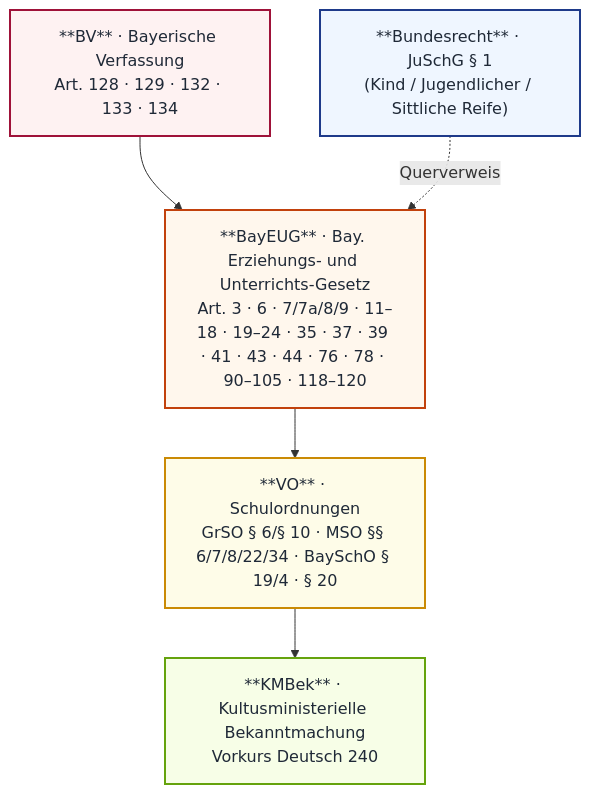
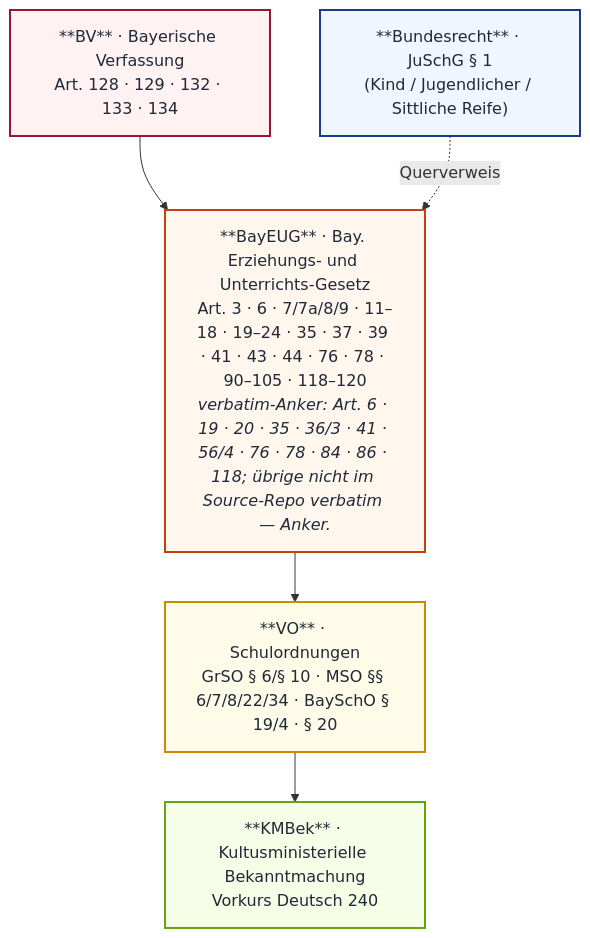
The first of 2 diagrams in _mkdocs/docs/mp03/index.md (snflsknfkldnfs/weitergehts-online), drawn with Mermaid before and after one commit. The commit also changed other lines of this file and 29 other files, not shown here.

````diff
--- a/_mkdocs/docs/mp03/index.md
+++ b/_mkdocs/docs/mp03/index.md
@@ -11,17 +11,17 @@
 ```mermaid
 flowchart TB
     BV["**BV** · Bayerische Verfassung<br/>Art. 128 · 129 · 132 · 133 · 134"]:::bv
-    BAY["**BayEUG** · Bay. Erziehungs- und Unterrichts-Gesetz<br/>Art. 3 · 6 · 7/7a/8/9 · 11–18 · 19–24 · 35 · 37 · 39 · 41 · 43 · 44 · 76 · 78 · 90–105 · 118–120"]:::bay
+    BAY["**BayEUG** · Bay. Erziehungs- und Unterrichts-Gesetz<br/>Art. 3 · 6 · 7/7a/8/9 · 11–18 · 19–24 · 35 · 37 · 39 · 41 · 43 · 44 · 76 · 78 · 90–105 · 118–120<br/><i>verbatim-Anker: Art. 6 · 19 · 20 · 35 · 36/3 · 41 · 56/4 · 76 · 78 · 84 · 86 · 118; übrige nicht im Source-Repo verbatim — Anker.</i>"]:::bay
     VO["**VO** · Schulordnungen<br/>GrSO § 6/§ 10 · MSO §§ 6/7/8/22/34 · BaySchO § 19/4 · § 20"]:::vo
     KM["**KMBek** · Kultusministerielle Bekanntmachung<br/>Vorkurs Deutsch 240"]:::km
     BU["**Bundesrecht** · JuSchG § 1<br/>(Kind / Jugendlicher / Sittliche Reife)"]:::bu
 
     BV --> BAY --> VO --> KM
     BU -.Querverweis.-> BAY
 
     classDef bv fill:#fef2f2,stroke:#9f1239,stroke-width:2px,color:#1f2937
     classDef bay fill:#fff7ed,stroke:#c2410c,stroke-width:2px,color:#1f2937
     classDef vo fill:#fefce8,stroke:#ca8a04,stroke-width:2px,color:#1f2937
     classDef km fill:#f7fee7,stroke:#65a30d,stroke-width:2px,color:#1f2937
     classDef bu fill:#eff6ff,stroke:#1e3a8a,stroke-width:2px,color:#1f2937
 ```
````
